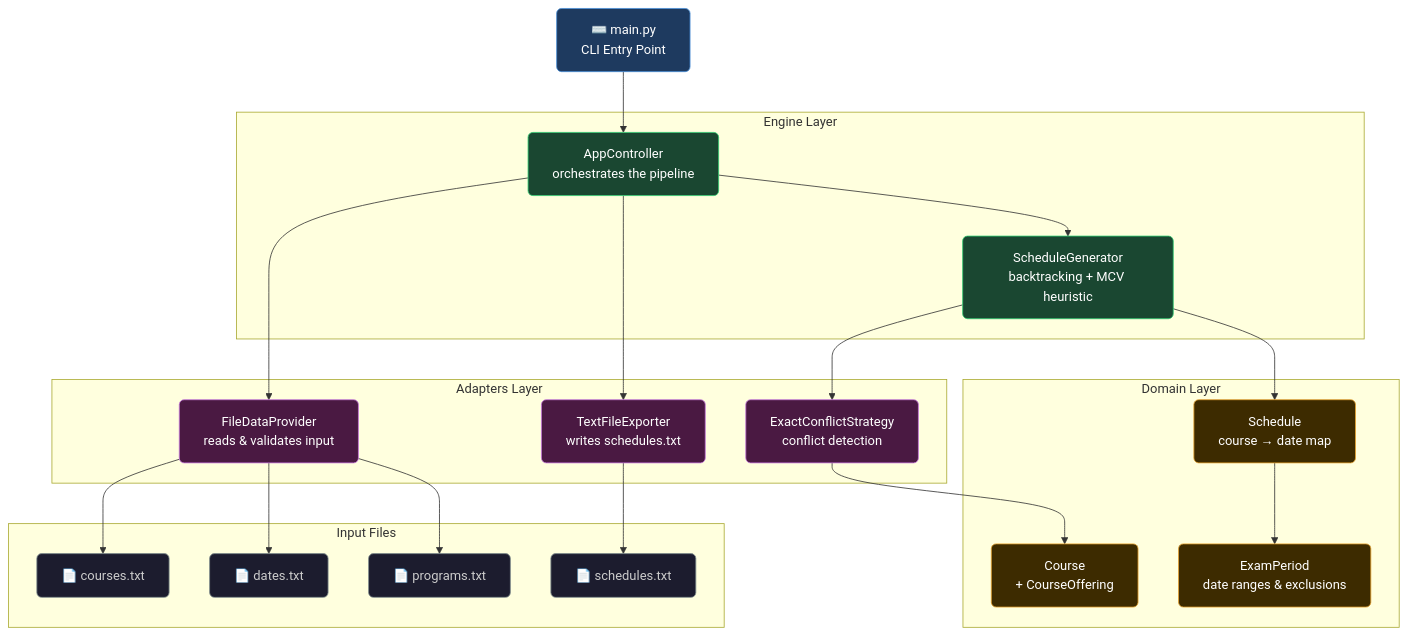
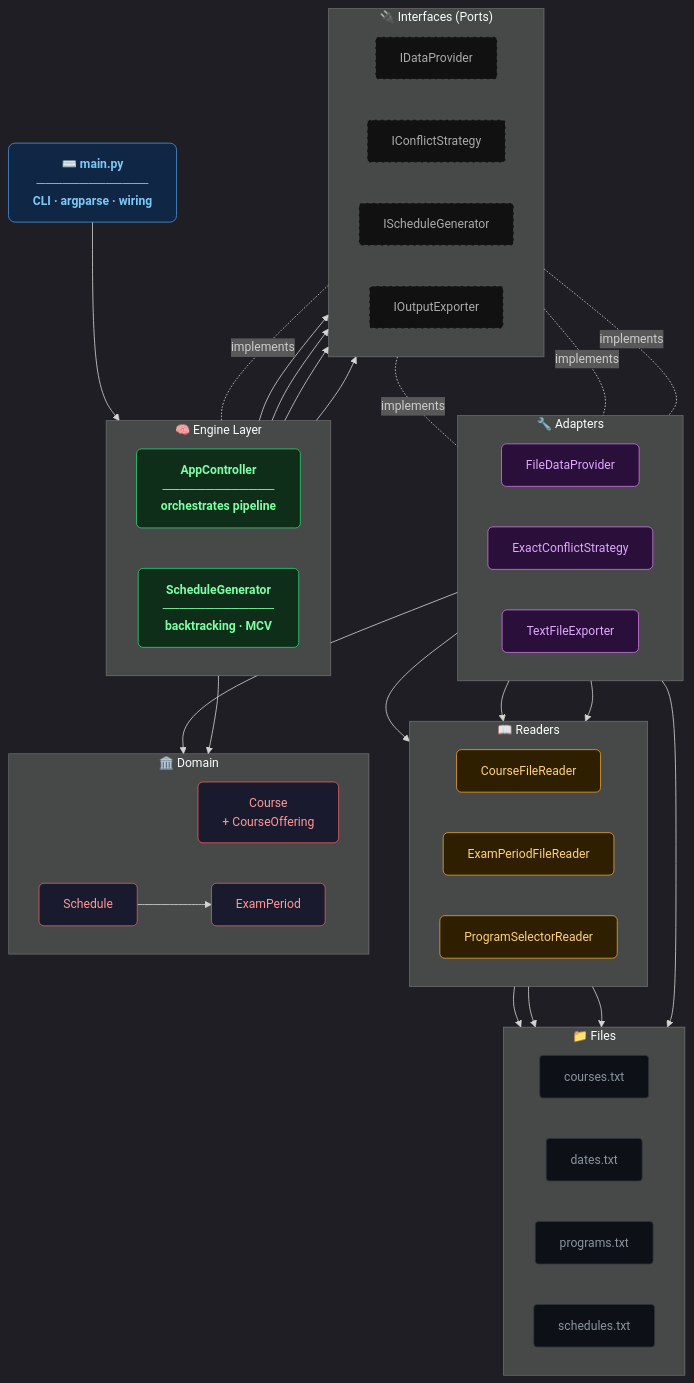
One commit to ron-ladin/examSchedule changed the first of 3 diagrams in README.md. Above: the diagram before and after it, drawn with Mermaid. The commit also changed other lines of this file and 2 other files, not shown here.

Commit message:
finalizing diagrams

````diff
--- a/README.md
+++ b/README.md
@@ -16,51 +3,75 @@
 ```mermaid
+%%{init: {'theme': 'dark', 'themeVariables': {'fontSize': '15px'}}}%%
 flowchart TD
-    classDef cli        fill:#1e3a5f,stroke:#4a90d9,color:#ffffff,rx:6
-    classDef engine     fill:#1a4731,stroke:#2ecc71,color:#ffffff,rx:6
-    classDef adapter    fill:#4a1942,stroke:#c678dd,color:#ffffff,rx:6
-    classDef domain     fill:#3d2b00,stroke:#e5a22e,color:#ffffff,rx:6
-    classDef data       fill:#1c1c2e,stroke:#7f8c8d,color:#cccccc,rx:6
-    classDef iface      fill:#2c2c2c,stroke:#888888,color:#aaaaaa,rx:6,stroke-dasharray:4 2
+    classDef cli     fill:#0f2744,stroke:#4a90d9,color:#7ec8f7,rx:8,font-weight:bold
+    classDef engine  fill:#0f2e1a,stroke:#2ecc71,color:#7effa4,rx:6,font-weight:bold
+    classDef adapter fill:#2a0f3a,stroke:#c678dd,color:#e0a8ff,rx:6
+    classDef reader  fill:#2e1f00,stroke:#e5a22e,color:#ffd27e,rx:6
+    classDef domain  fill:#1a1a2e,stroke:#e05c5c,color:#ff9999,rx:6
+    classDef iface   fill:#111111,stroke:#555555,color:#aaaaaa,rx:4,stroke-dasharray:5 3
+    classDef file    fill:#0d1117,stroke:#30363d,color:#8b949e,rx:4
 
-    CLI["⌨️  main.py\nCLI Entry Point"]:::cli
+    CLI["⌨️  main.py\n─────────────\nCLI · argparse · wiring"]:::cli
 
-    subgraph ENGINE["  Engine Layer  "]
-        Controller["AppController\norchestrates the pipeline"]:::engine
-        Generator["ScheduleGenerator\nbacktracking + MCV heuristic"]:::engine
+    subgraph CORE["  🧠  Engine Layer  "]
+        direction LR
+        Controller["AppController\n─────────────\norchestrates pipeline"]:::engine
+        Generator["ScheduleGenerator\n─────────────\nbacktracking · MCV"]:::engine
     end
 
-    subgraph ADAPTERS["  Adapters Layer  "]
-        Provider["FileDataProvider\nreads & validates input"]:::adapter
-        Strategy["ExactConflictStrategy\nconflict detection"]:::adapter
-        Exporter["TextFileExporter\nwrites schedules.txt"]:::adapter
+    subgraph PORTS["  🔌  Interfaces (Ports)  "]
+        direction LR
+        IDP["IDataProvider"]:::iface
+        ICS["IConflictStrategy"]:::iface
+        ISG["IScheduleGenerator"]:::iface
+        IOE["IOutputExporter"]:::iface
     end
 
-    subgraph DOMAIN["  Domain Layer  "]
-        Course["Course\n+ CourseOffering"]:::domain
-        Period["ExamPeriod\ndate ranges & exclusions"]:::domain
-        Schedule["Schedule\ncourse → date map"]:::domain
+    subgraph ADAPT["  🔧  Adapters  "]
+        direction LR
+        Provider["FileDataProvider"]:::adapter
+        Strategy["ExactConflictStrategy"]:::adapter
+        Exporter["TextFileExporter"]:::adapter
     end
 
-    subgraph DATA["  Input Files  "]
-        Courses["📄 courses.txt"]:::data
-        Dates["📄 dates.txt"]:::data
-        Programs["📄 programs.txt"]:::data
-        Output["📄 schedules.txt"]:::data
+    subgraph READERS["  📖  Readers  "]
+        direction LR
+        CR["CourseFileReader"]:::reader
+        PR["ExamPeriodFileReader"]:::reader
+        RR["ProgramSelectorReader"]:::reader
+    end
+
+    subgraph DOMAIN["  🏛️  Domain  "]
+        direction LR
+        Course["Course\n+ CourseOffering"]:::domain
+        Period["ExamPeriod"]:::domain
+        Schedule["Schedule"]:::domain
+    end
+
+    subgraph FILES["  📁  Files  "]
+        direction LR
+        F1["courses.txt"]:::file
+        F2["dates.txt"]:::file
+        F3["programs.txt"]:::file
+        F4["schedules.txt"]:::file
     end
 
     CLI --> Controller
-    Controller --> Provider
-    Controller --> Generator
-    Controller --> Exporter
+    Controller --> IDP & ISG & IOE
 
-    Provider --> Courses
-    Provider --> Dates
-    Provider --> Programs
+    IDP -.implements.- Provider
+    ISG -.implements.- Generator
+    IOE -.implements.- Exporter
+    ICS -.implements.- Strategy
 
-    Generator --> Strategy
+    Provider --> CR & PR & RR
+    Generator --> ICS
     Generator --> Schedule
     Strategy --> Course
     Schedule --> Period
 
-    Exporter --> Output
+    CR --> F1
+    PR --> F2
+    RR --> F3
+    Exporter --> F4
 ```
````
